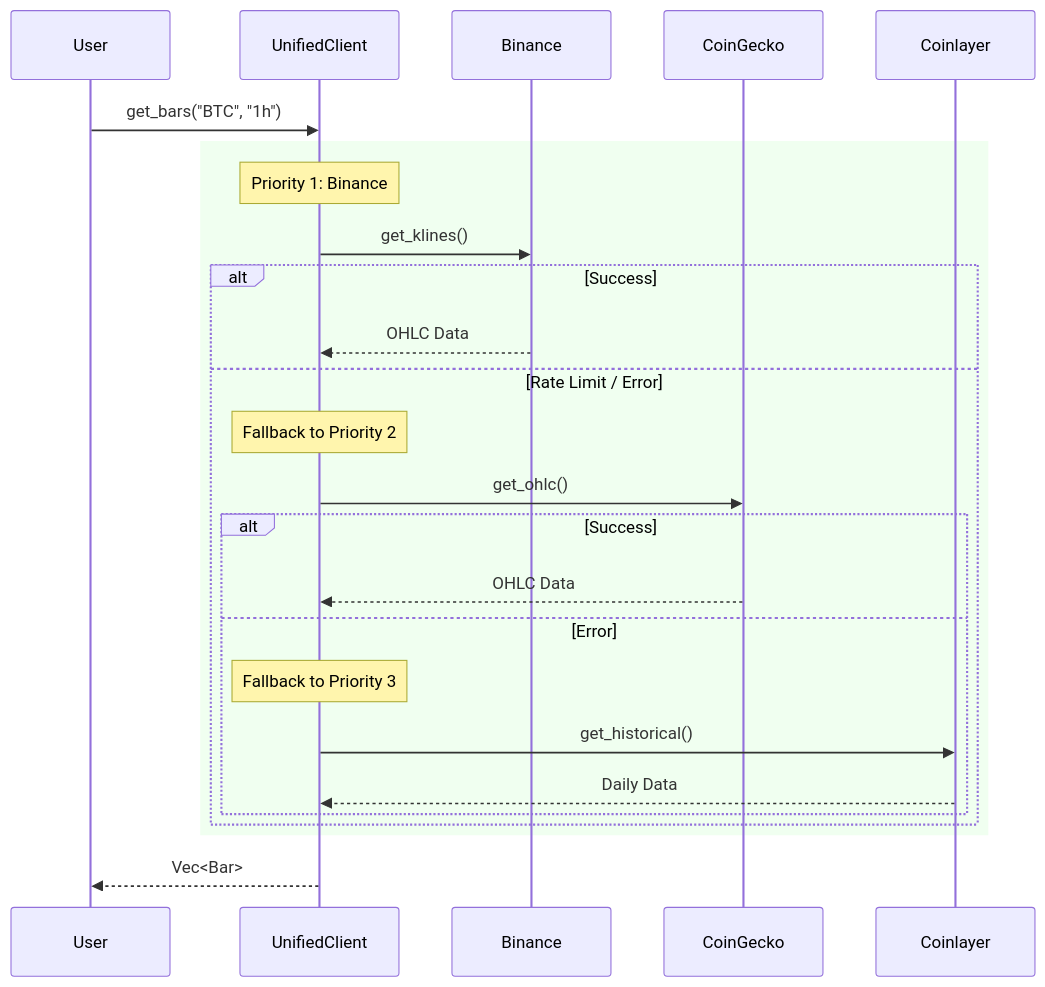
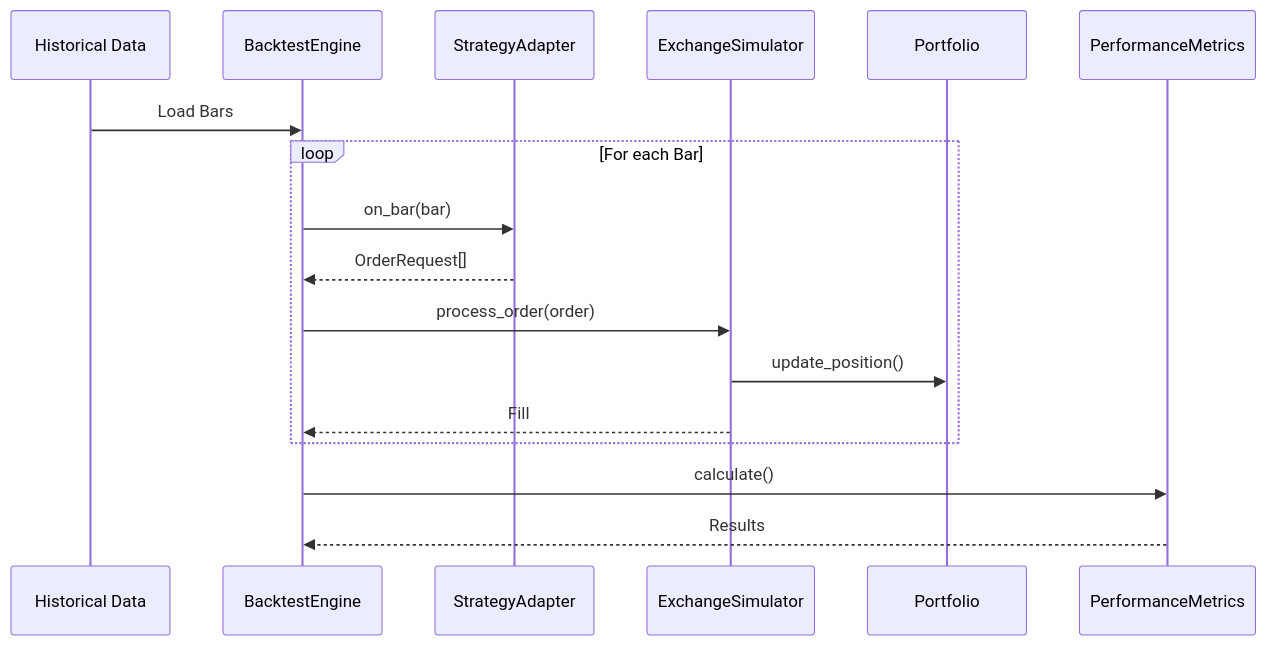
Before and after one commit to afobsidian/AlphaField: the fourth of 10 diagrams in doc/architecture.md, drawn with Mermaid. The commit also changed other lines of this file and 56 other files, not shown here.

````diff
--- a/doc/architecture.md
+++ b/doc/architecture.md
@@ -49,30 +154,20 @@
 ```mermaid
 sequenceDiagram
-    participant User
-    participant UnifiedClient
-    participant Binance
-    participant CoinGecko
-    participant Coinlayer
-
-    User->>UnifiedClient: get_bars("BTC", "1h")
+    participant Data as Historical Data
+    participant Engine as BacktestEngine
+    participant Strategy as StrategyAdapter
+    participant Exchange as ExchangeSimulator
+    participant Portfolio as Portfolio
+    participant Metrics as PerformanceMetrics
     
-    rect rgb(240, 255, 240)
-        Note over UnifiedClient: Priority 1: Binance
-        UnifiedClient->>Binance: get_klines()
-        alt Success
-            Binance-->>UnifiedClient: OHLC Data
-        else Rate Limit / Error
-            Note over UnifiedClient: Fallback to Priority 2
-            UnifiedClient->>CoinGecko: get_ohlc()
-            alt Success
-                CoinGecko-->>UnifiedClient: OHLC Data
-            else Error
-                Note over UnifiedClient: Fallback to Priority 3
-                UnifiedClient->>Coinlayer: get_historical()
-                Coinlayer-->>UnifiedClient: Daily Data
-            end
-        end
+    Data->>Engine: Load Bars
+    loop For each Bar
+        Engine->>Strategy: on_bar(bar)
+        Strategy-->>Engine: OrderRequest[]
+        Engine->>Exchange: process_order(order)
+        Exchange->>Portfolio: update_position()
+        Exchange-->>Engine: Fill
     end
-    
-    UnifiedClient-->>User: Vec<Bar>
+    Engine->>Metrics: calculate()
+    Metrics-->>Engine: Results
 ```
````
